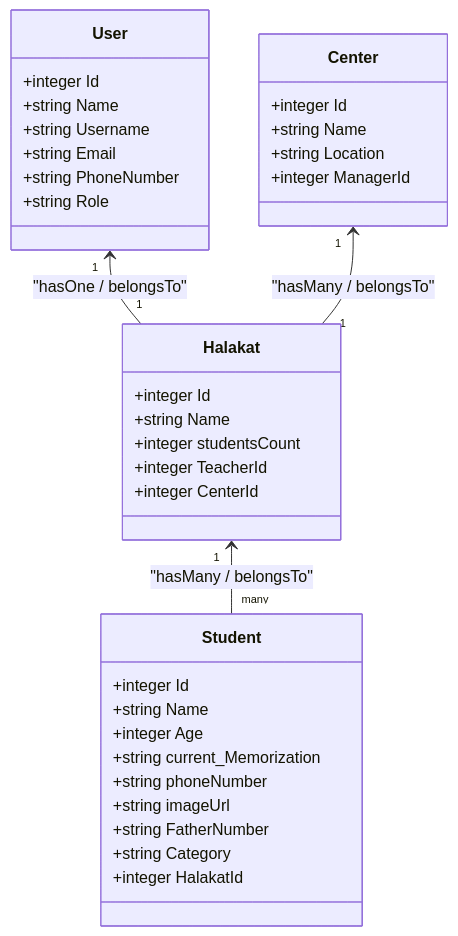
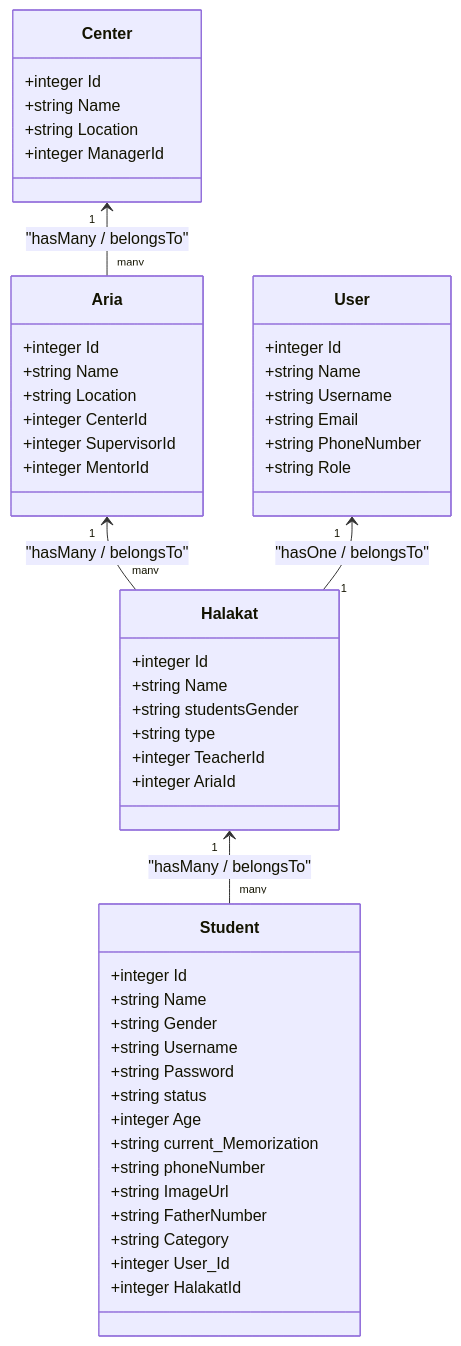
The second of 5 diagrams in .qoder/repowiki/en/content/Database Design/Halakat Model.md (Mreng78/khirocom_project), drawn with Mermaid before and after one commit. The commit also changed other lines of this file and 6 other files, not shown here.

````diff
--- a/.qoder/repowiki/en/content/Database Design/Halakat Model.md
+++ b/.qoder/repowiki/en/content/Database Design/Halakat Model.md
@@ -110,38 +132,53 @@
 ```mermaid
 classDiagram
 class User {
 +integer Id
 +string Name
 +string Username
 +string Email
 +string PhoneNumber
 +string Role
 }
 class Center {
 +integer Id
 +string Name
 +string Location
 +integer ManagerId
 }
+class Aria {
++integer Id
++string Name
++string Location
++integer CenterId
++integer SupervisorId
++integer MentorId
+}
 class Halakat {
 +integer Id
 +string Name
-+integer studentsCount
++string studentsGender
++string type
 +integer TeacherId
-+integer CenterId
++integer AriaId
 }
 class Student {
 +integer Id
 +string Name
++string Gender
++string Username
++string Password
++string status
 +integer Age
 +string current_Memorization
 +string phoneNumber
-+string imageUrl
++string ImageUrl
 +string FatherNumber
 +string Category
++integer User_Id
 +integer HalakatId
 }
+Center "1" <-- "many" Aria : "hasMany / belongsTo"
+Aria "1" <-- "many" Halakat : "hasMany / belongsTo"
 User "1" <-- "1" Halakat : "hasOne / belongsTo"
-Center "1" <-- "1" Halakat : "hasMany / belongsTo"
 Halakat "1" <-- "many" Student : "hasMany / belongsTo"
 ```
````
